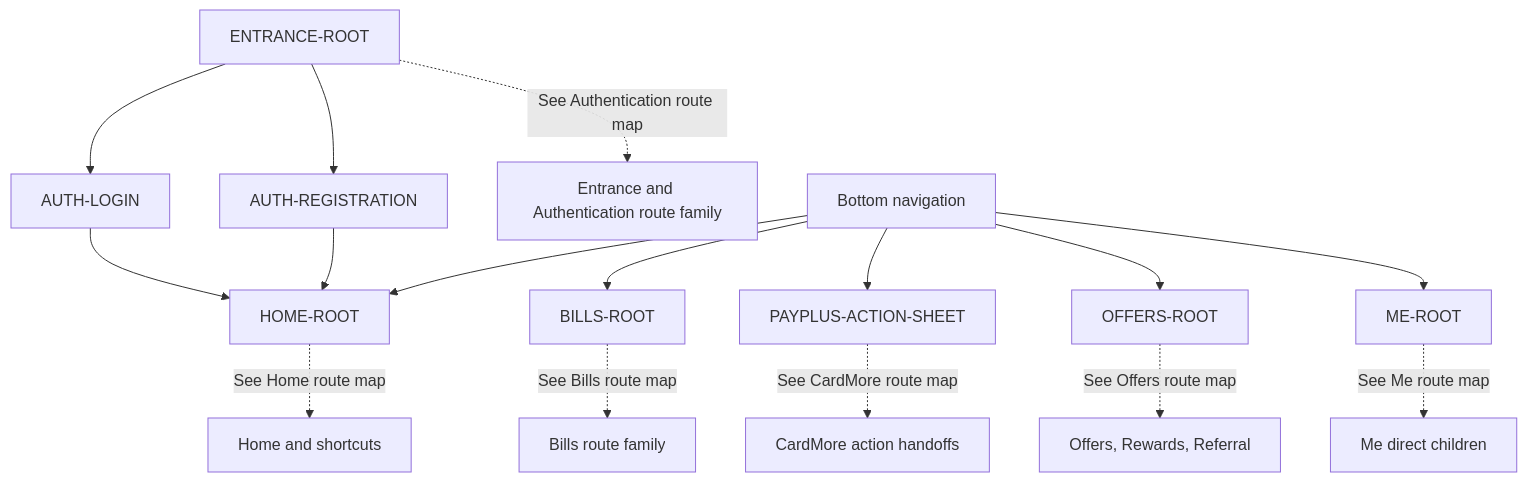
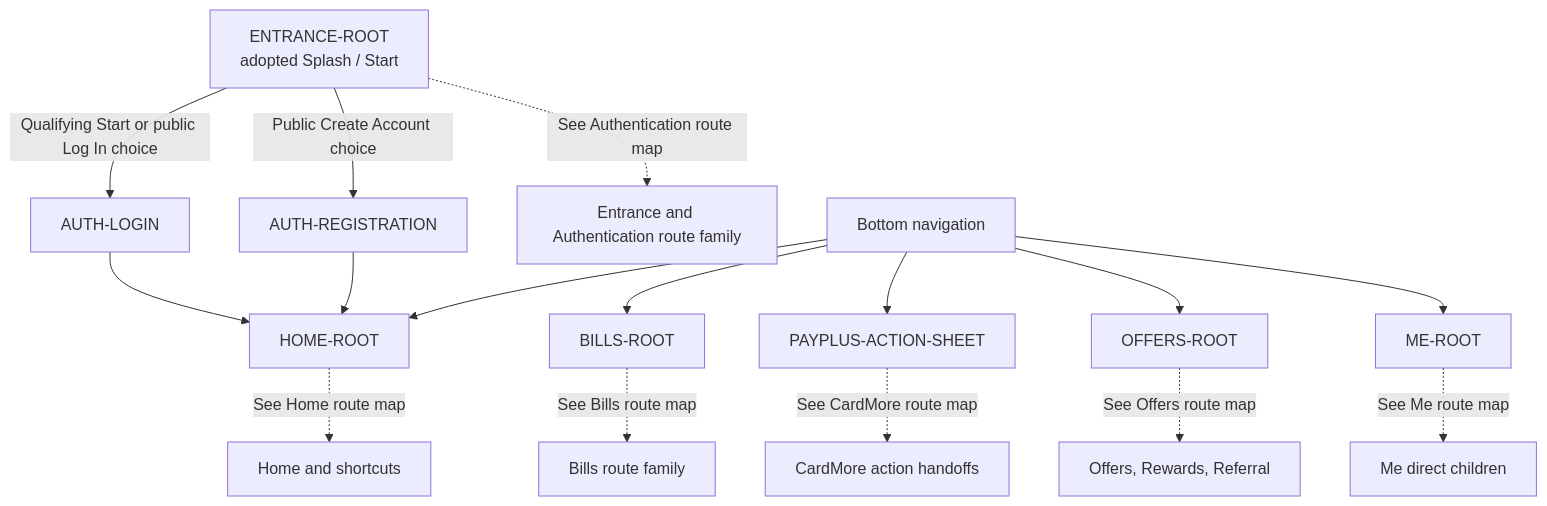
One commit to adminpayplus/payplus-docs changed the diagram in docs/diagrams/routes/payplus-app-route-map.md. Above: the diagram before and after it, drawn with Mermaid. The commit also changed other lines of this file and 9 other files, not shown here.

Commit message:
docs: restore adopted Splash entrance

````diff
--- a/docs/diagrams/routes/payplus-app-route-map.md
+++ b/docs/diagrams/routes/payplus-app-route-map.md
@@ -11,20 +11,20 @@
 ```mermaid
 flowchart TD
-  ENTRANCE["ENTRANCE-ROOT"] --> LOGIN["AUTH-LOGIN"]
-  ENTRANCE --> REGISTER["AUTH-REGISTRATION"]
+  ENTRANCE["ENTRANCE-ROOT<br/>adopted Splash / Start"] -->|"Qualifying Start or public Log In choice"| LOGIN["AUTH-LOGIN"]
+  ENTRANCE -->|"Public Create Account choice"| REGISTER["AUTH-REGISTRATION"]
   LOGIN --> HOME["HOME-ROOT"]
   REGISTER --> HOME
   ENTRANCE -. "See Authentication route map" .-> AUTHFAMILY["Entrance and Authentication route family"]
 
   NAV["Bottom navigation"] --> HOME
   NAV --> BILLS["BILLS-ROOT"]
   NAV --> PAYPLUS["PAYPLUS-ACTION-SHEET"]
   NAV --> OFFERS["OFFERS-ROOT"]
   NAV --> ME["ME-ROOT"]
 
   HOME -. "See Home route map" .-> HOMEFAMILY["Home and shortcuts"]
   BILLS -. "See Bills route map" .-> BILLSFAMILY["Bills route family"]
   PAYPLUS -. "See CardMore route map" .-> PAYPLUSHANDOFFS["CardMore action handoffs"]
   OFFERS -. "See Offers route map" .-> OFFERSFAMILY["Offers, Rewards, Referral"]
   ME -. "See Me route map" .-> MEFAMILY["Me direct children"]
 ```
````
